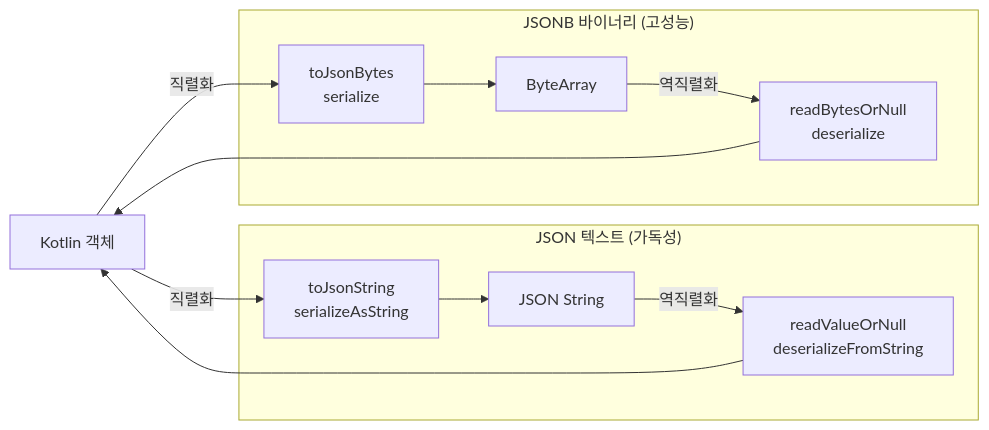
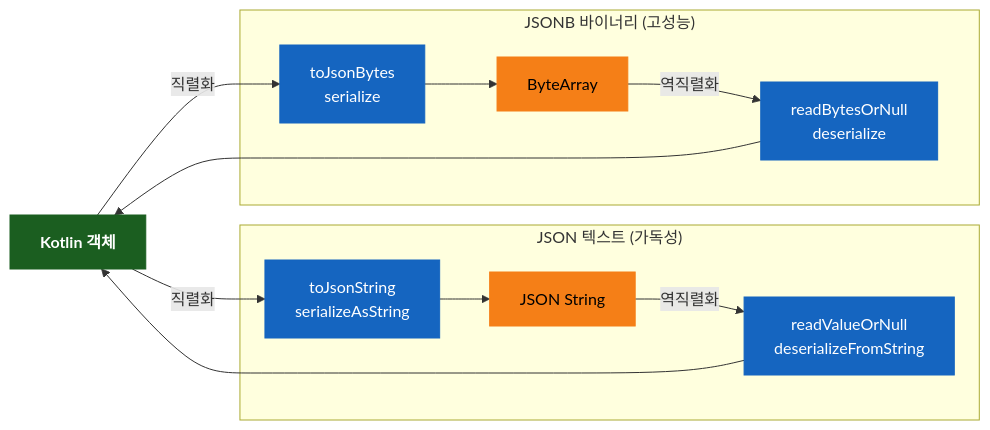
One commit to bluetape4k/bluetape4k-projects changed the second of 2 diagrams in io/fastjson2/README.ko.md. Above: the diagram before and after it, drawn with Mermaid. The commit also changed other lines of this file and 221 other files, not shown here.

First line of the commit message:
docs: 전체 모듈 README UML 다이어그램 보강 및 색상 업그레이드

````diff
--- a/io/fastjson2/README.ko.md
+++ b/io/fastjson2/README.ko.md
@@ -181,22 +187,31 @@
 ```mermaid
 flowchart LR
     OBJ[Kotlin 객체]
 
     subgraph JSON["JSON 텍스트 (가독성)"]
         JS[toJsonString<br/>serializeAsString]
         JD[readValueOrNull<br/>deserializeFromString]
         JSTR[JSON String]
     end
 
     subgraph JSONB["JSONB 바이너리 (고성능)"]
         BS[toJsonBytes<br/>serialize]
         BD[readBytesOrNull<br/>deserialize]
         BARR[ByteArray]
     end
 
     OBJ -->|직렬화| JS --> JSTR
     JSTR -->|역직렬화| JD --> OBJ
 
     OBJ -->|직렬화| BS --> BARR
     BARR -->|역직렬화| BD --> OBJ
+
+    classDef coreStyle fill:#1B5E20,stroke:#1B5E20,color:#FFFFFF,font-weight:bold
+    classDef serviceStyle fill:#1565C0,stroke:#1565C0,color:#FFFFFF
+    classDef dataStyle fill:#F57F17,stroke:#F57F17,color:#000000
+
+    class OBJ coreStyle
+    class JS,JD serviceStyle
+    class BS,BD serviceStyle
+    class JSTR,BARR dataStyle
 ```
````
